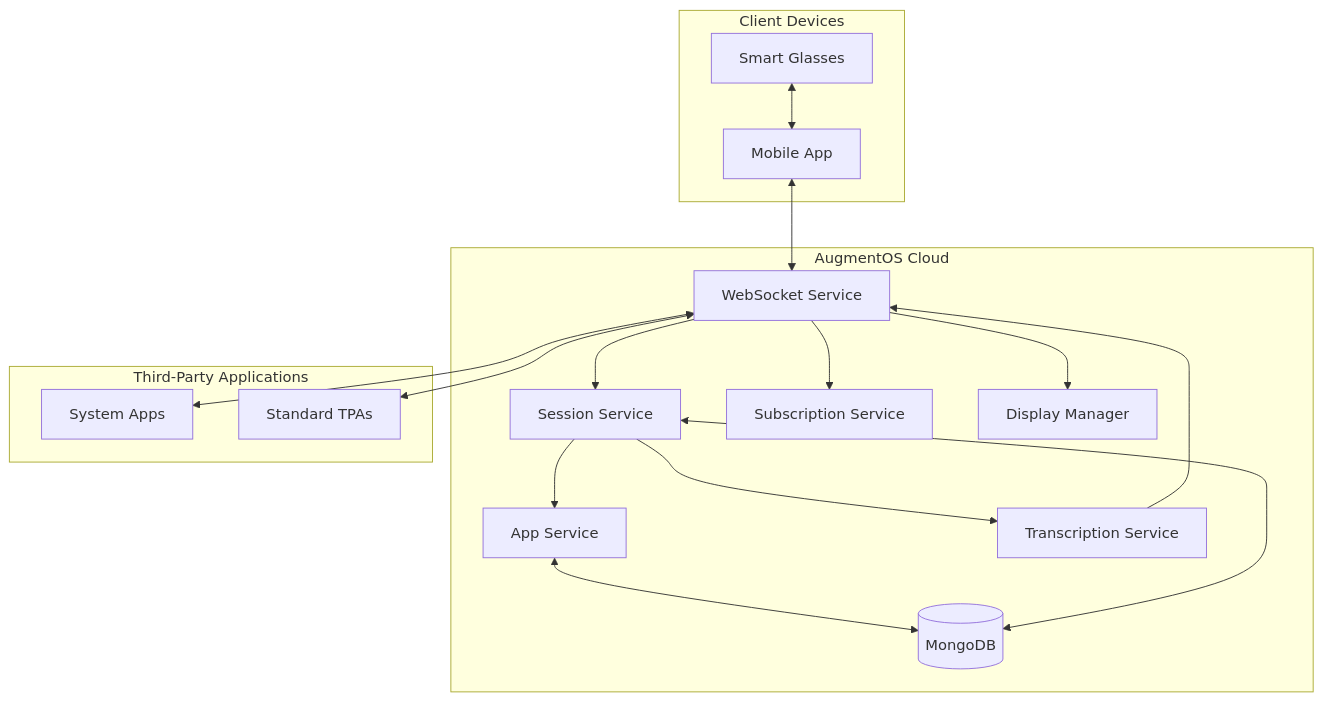
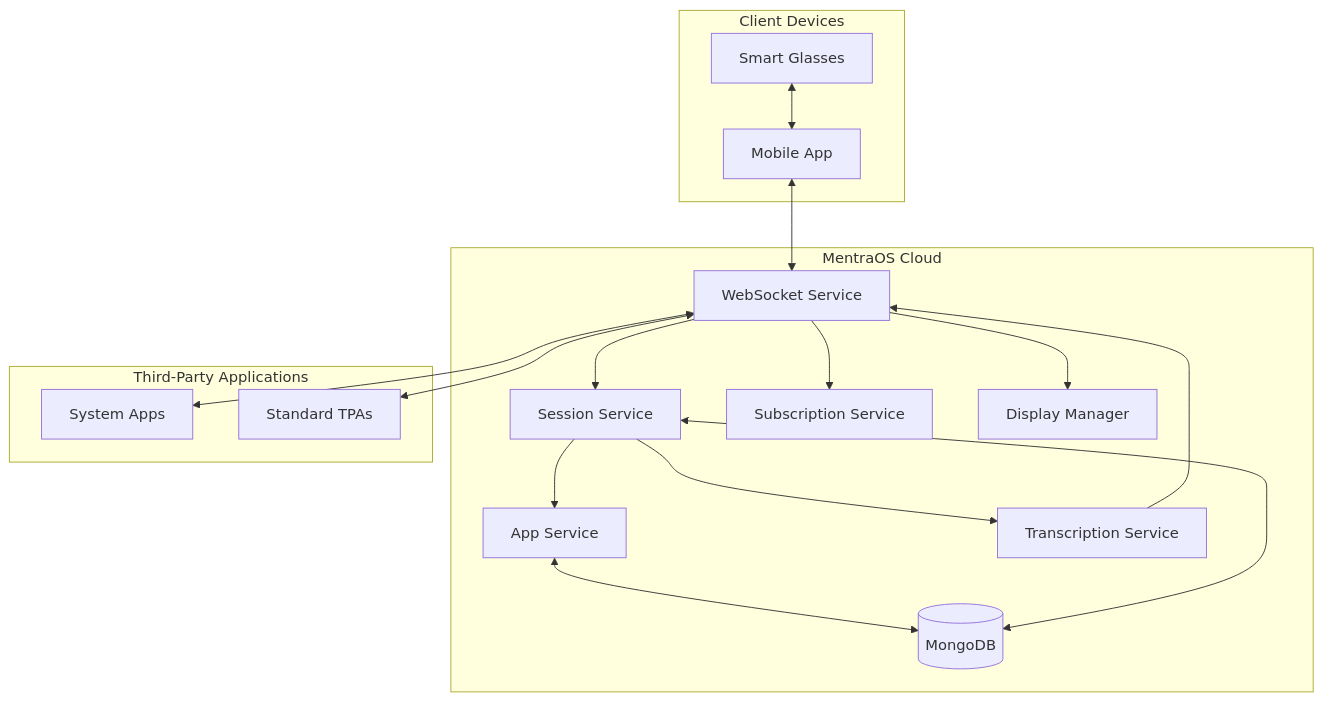
The first of 4 diagrams in augmentos_cloud/docs/1. SYSTEM-ARCHITECTURE.md (ebowwa/MentraOS), drawn with Mermaid before and after one commit. The commit also changed other lines of this file and 200 other files, not shown here.

````diff
--- a/augmentos_cloud/docs/1. SYSTEM-ARCHITECTURE.md
+++ b/augmentos_cloud/docs/1. SYSTEM-ARCHITECTURE.md
@@ -13,39 +13,39 @@
 ```mermaid
 graph TD
     subgraph "Client Devices"
         Glasses[Smart Glasses]
         Phone[Mobile App]
     end
-    
-    subgraph "AugmentOS Cloud"
+
+    subgraph "MentraOS Cloud"
         WebSocket[WebSocket Service]
         Session[Session Service]
         App[App Service]
         Subscription[Subscription Service]
         Transcription[Transcription Service]
         Display[Display Manager]
         DB[(MongoDB)]
     end
-    
+
     subgraph "Third-Party Applications"
         TPA1[System Apps]
         TPA2[Standard TPAs]
     end
-    
+
     Glasses <--> Phone
     Phone <--> WebSocket
-    
+
     WebSocket --> Session
     WebSocket --> Subscription
     WebSocket --> Display
-    
+
     Session --> Transcription
     Session --> App
     Transcription --> WebSocket
-    
+
     WebSocket <--> TPA1
     WebSocket <--> TPA2
-    
+
     App <--> DB
     Session <--> DB
 ```
````
